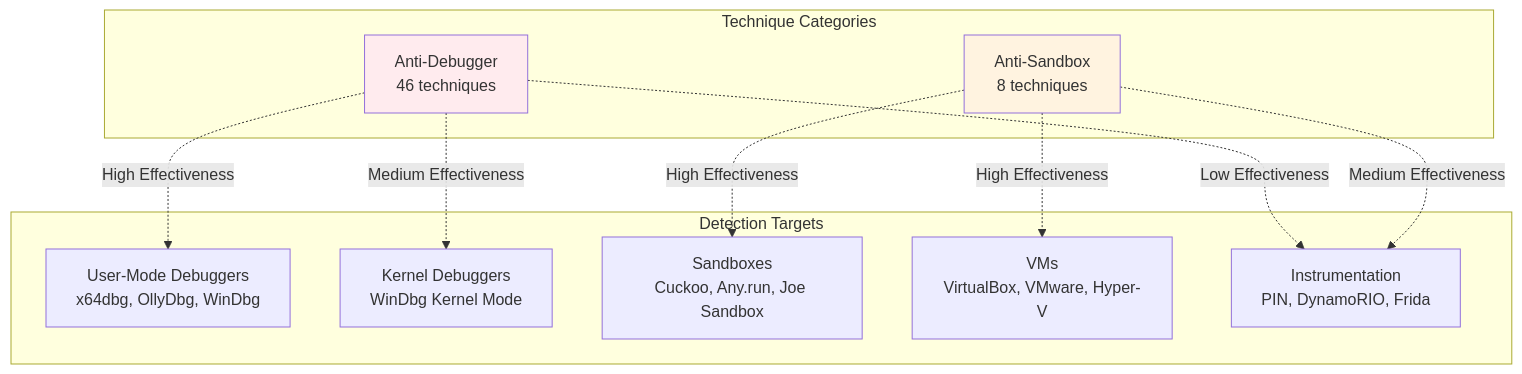
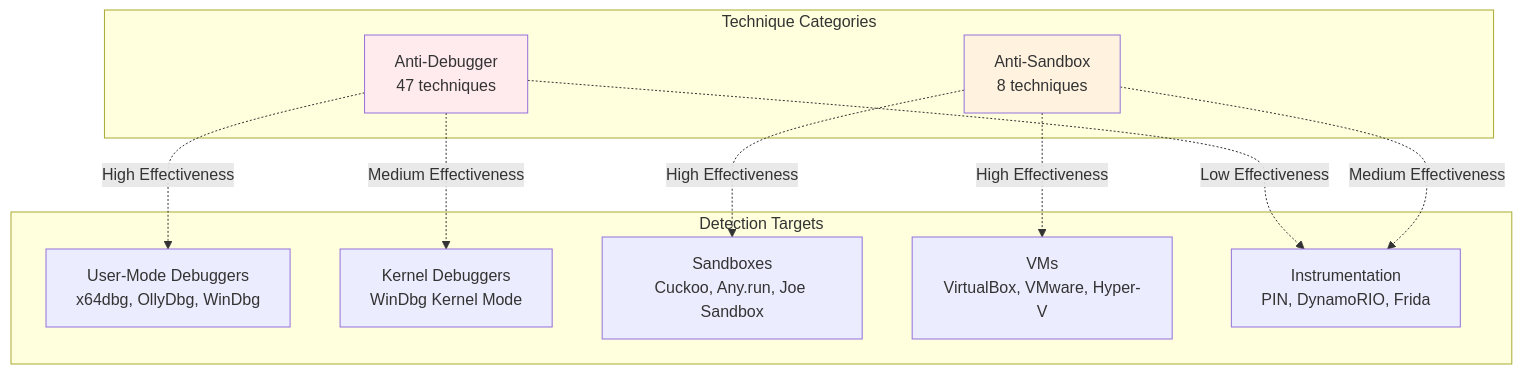
One commit to mabj/anti changed the seventh of 8 diagrams in docs/diagrams/taxonomy.md. Above: the diagram before and after it, drawn with Mermaid. The commit also changed other lines of this file and 8 other files, not shown here.

````diff
--- a/docs/diagrams/taxonomy.md
+++ b/docs/diagrams/taxonomy.md
@@ -219,26 +220,26 @@
 ```mermaid
 graph TB
     subgraph Detection Targets
         T1[User-Mode Debuggers<br/>x64dbg, OllyDbg, WinDbg]
         T2[Kernel Debuggers<br/>WinDbg Kernel Mode]
         T3[Sandboxes<br/>Cuckoo, Any.run, Joe Sandbox]
         T4[VMs<br/>VirtualBox, VMware, Hyper-V]
         T5[Instrumentation<br/>PIN, DynamoRIO, Frida]
     end
 
     subgraph Technique Categories
-        C1[Anti-Debugger<br/>46 techniques]
+        C1[Anti-Debugger<br/>47 techniques]
         C2[Anti-Sandbox<br/>8 techniques]
     end
 
     C1 -.High Effectiveness.-> T1
     C1 -.Medium Effectiveness.-> T2
     C1 -.Low Effectiveness.-> T5
 
     C2 -.High Effectiveness.-> T3
     C2 -.High Effectiveness.-> T4
     C2 -.Medium Effectiveness.-> T5
 
     style C1 fill:#ffebee
     style C2 fill:#fff3e0
 ```
````
